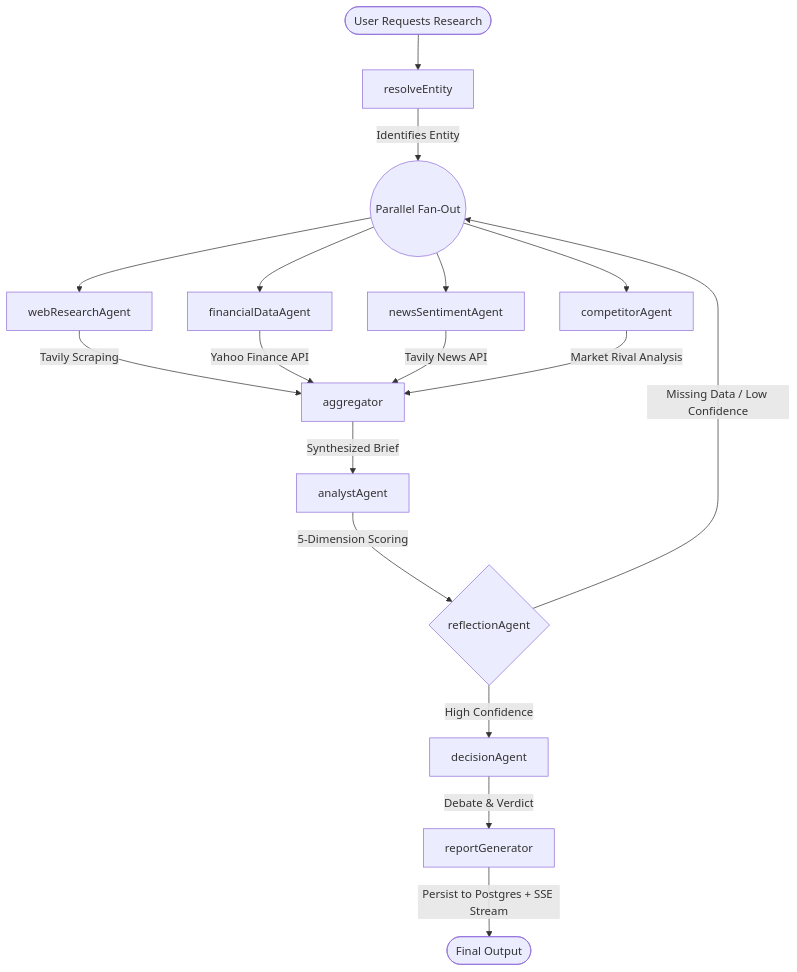
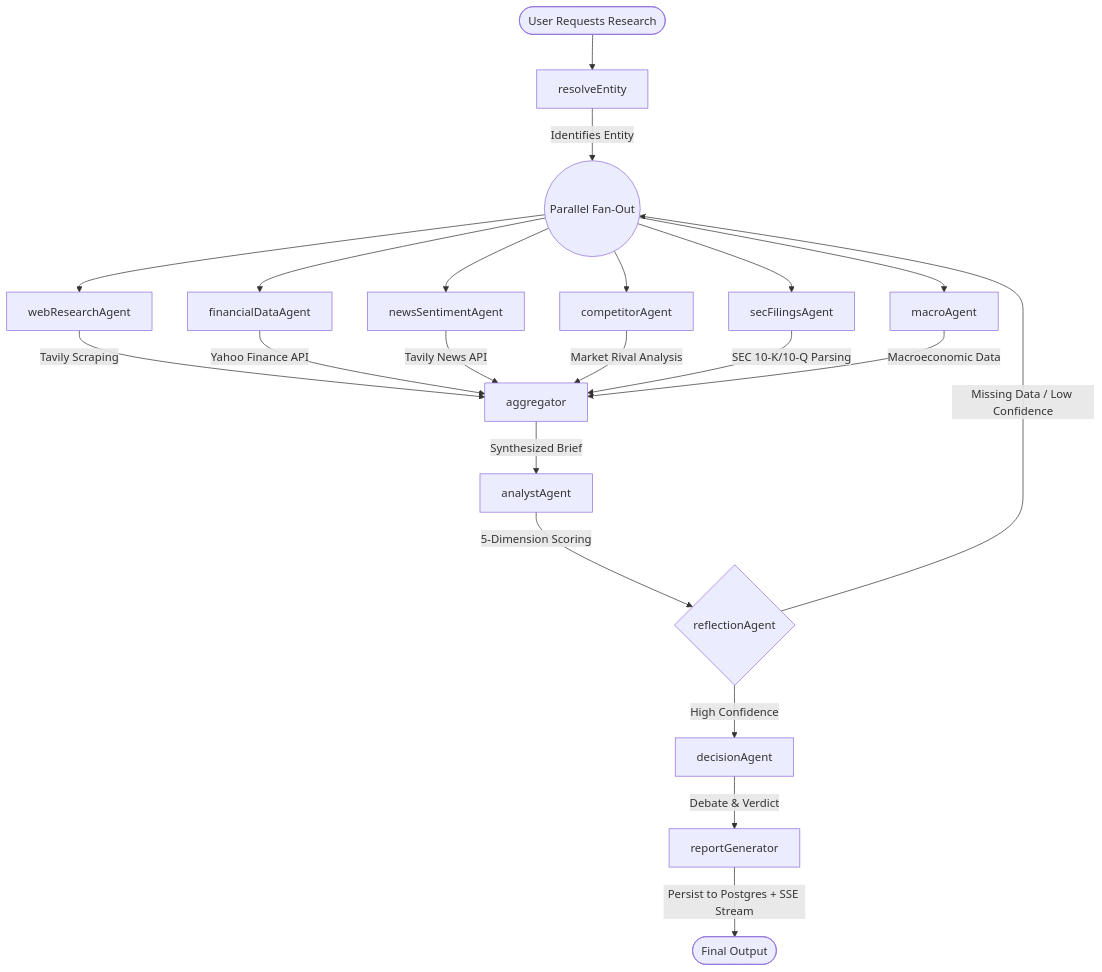
Before and after one commit to Sathvik33/AI-Investment-Research-Agent: the diagram in README.md, drawn with Mermaid. The commit also changed other lines of this file and 14 other files, not shown here.

Commit message:
feat: add secFilings and macro agents, pdf export, update docs

````diff
--- a/README.md
+++ b/README.md
@@ -52,24 +53,28 @@
 ```mermaid
 graph TD
     User(["User Requests Research"]) --> resolve["resolveEntity"]
     
     resolve -->|"Identifies Entity"| fanoutNode(("Parallel Fan-Out"))
     fanoutNode --> web["webResearchAgent"]
     fanoutNode --> fin["financialDataAgent"]
     fanoutNode --> news["newsSentimentAgent"]
     fanoutNode --> comp["competitorAgent"]
+    fanoutNode --> sec["secFilingsAgent"]
+    fanoutNode --> macro["macroAgent"]
     
     web -->|"Tavily Scraping"| agg["aggregator"]
     fin -->|"Yahoo Finance API"| agg
     news -->|"Tavily News API"| agg
     comp -->|"Market Rival Analysis"| agg
+    sec -->|"SEC 10-K/10-Q Parsing"| agg
+    macro -->|"Macroeconomic Data"| agg
     
     agg -->|"Synthesized Brief"| analyst["analystAgent"]
     analyst -->|"5-Dimension Scoring"| reflect{"reflectionAgent"}
     
     reflect -->|"Missing Data / Low Confidence"| fanoutNode
     reflect -->|"High Confidence"| debate["decisionAgent"]
     
     debate -->|"Debate & Verdict"| report["reportGenerator"]
     report -->|"Persist to Postgres + SSE Stream"| Done(["Final Output"])
 ```
````
